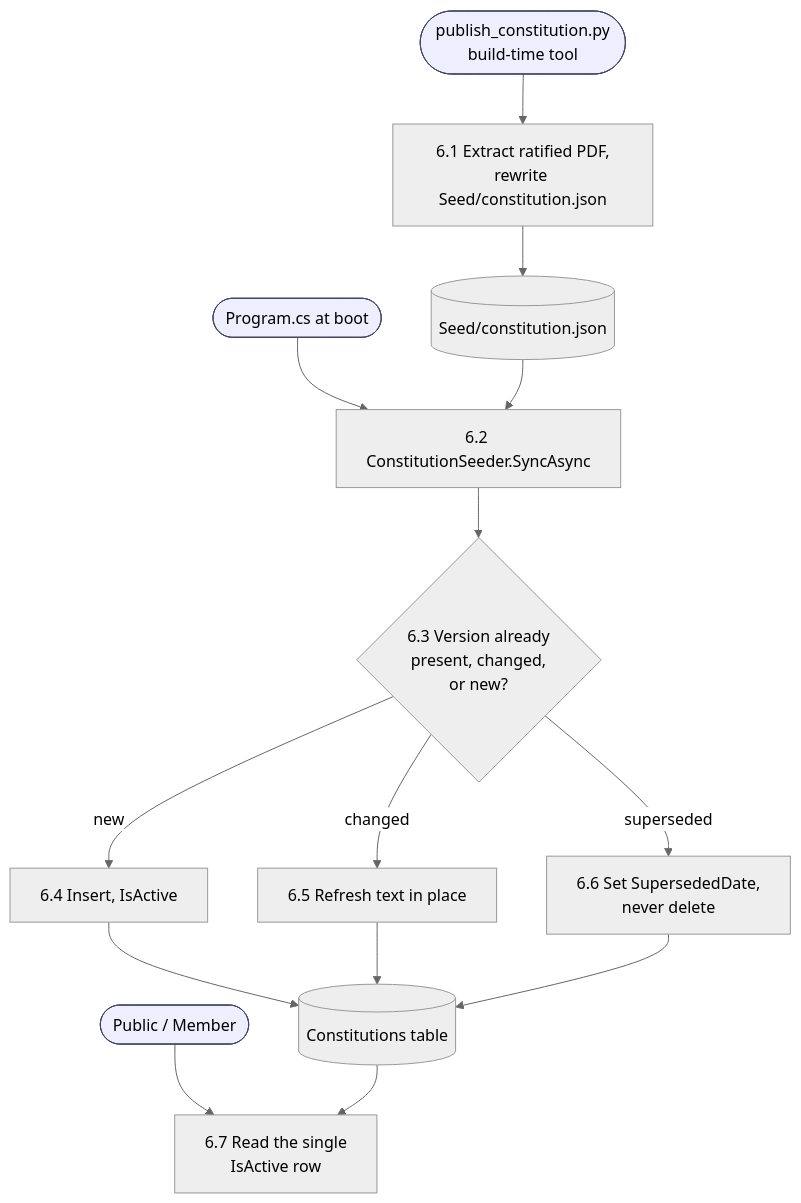
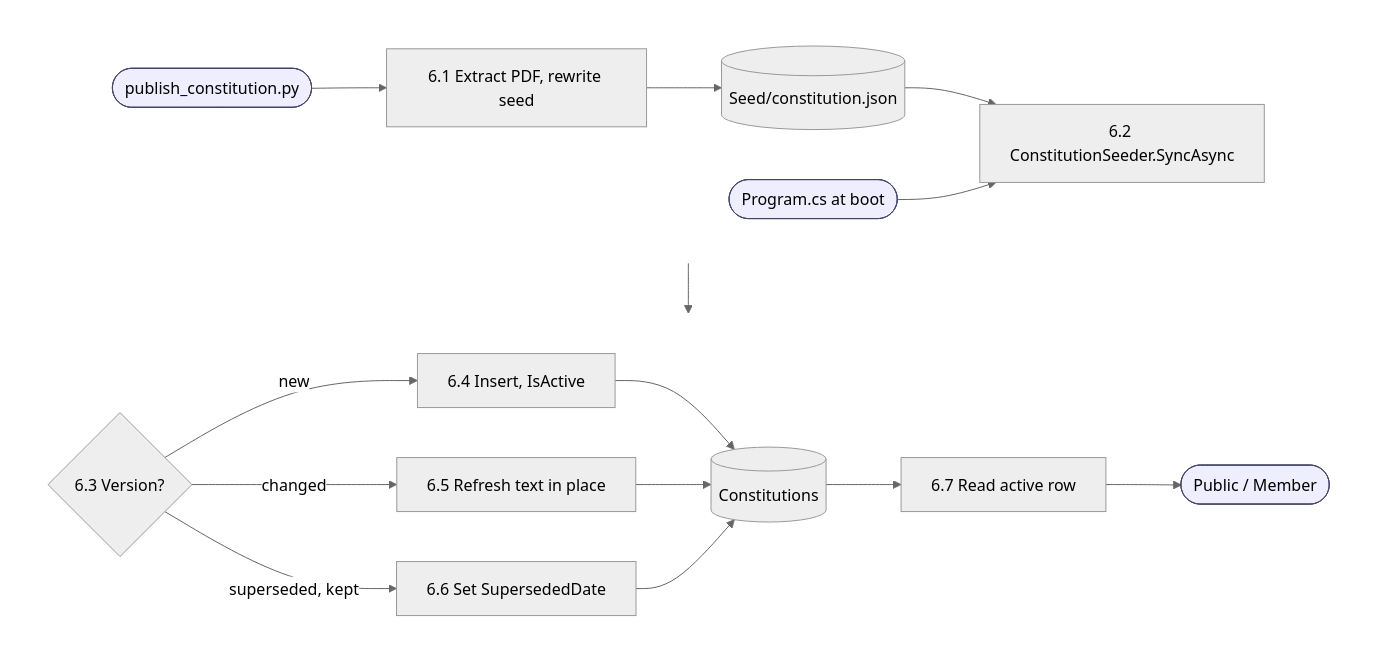
The fifth of 19 diagrams in docs/book/05-system-analysis.md (shalin-rahman/GHCAA), drawn with Mermaid (neutral theme) before and after one commit. The commit also changed other lines of this file and 42 other files, not shown here.

````diff
--- a/docs/book/05-system-analysis.md
+++ b/docs/book/05-system-analysis.md
@@ -311,17 +314,19 @@
 ```mermaid
 flowchart TB
-    T([publish_constitution.py<br/>build-time tool]):::ext --> P61[6.1 Extract ratified PDF,<br/>rewrite Seed/constitution.json]
-    P61 --> D61[(Seed/constitution.json)]
-    B([Program.cs at boot]):::ext --> P62[6.2 ConstitutionSeeder.SyncAsync]
-    D61 --> P62
-    P62 --> P63{6.3 Version already<br/>present, changed,<br/>or new?}
-    P63 -->|new| P64[6.4 Insert, IsActive]
-    P63 -->|changed| P65[6.5 Refresh text in place]
-    P63 -->|superseded| P66[6.6 Set SupersededDate,<br/>never delete]
-    P64 --> D62[(Constitutions table)]
-    P65 --> D62
-    P66 --> D62
-    R([Public / Member]):::ext --> P67[6.7 Read the single<br/>IsActive row]
-    D62 --> P67
+    subgraph R1[" "]
+      direction LR
+      T([publish_constitution.py]):::ext --> P61[6.1 Extract PDF, rewrite seed] --> D61[(Seed/constitution.json)] --> P62[6.2 ConstitutionSeeder.SyncAsync]
+      B([Program.cs at boot]):::ext --> P62
+    end
+    subgraph R2[" "]
+      direction LR
+      P63{6.3 Version?} -->|new| P64[6.4 Insert, IsActive] --> D62[(Constitutions)]
+      P63 -->|changed| P65[6.5 Refresh text in place] --> D62
+      P63 -->|superseded, kept| P66[6.6 Set SupersededDate] --> D62
+      D62 --> P67[6.7 Read active row] --> R([Public / Member]):::ext
+    end
+    R1 --> R2
+    style R1 fill:none,stroke:none
+    style R2 fill:none,stroke:none
     classDef ext fill:#eef,stroke:#446
 ```
````
